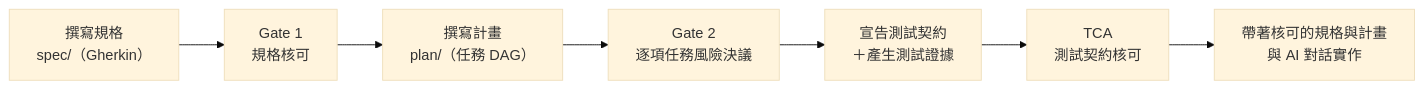
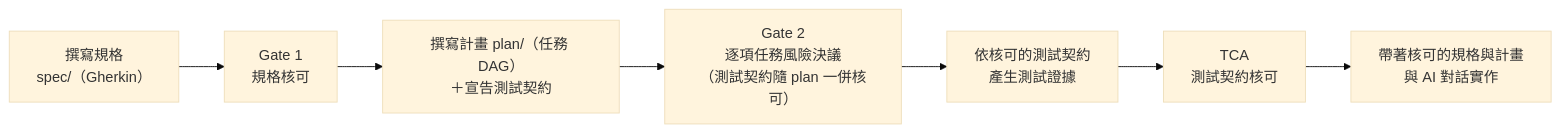
Before and after one commit to slam0504/ai-software-engineering: the first of 3 diagrams in README.md, drawn with Mermaid (base theme). The commit also changed other lines of this file, not shown here.

First line of the commit message:
docs(readme): 修 review 2 P1＋2 P2——流程圖契約階段、Finder workspace 揭露、措辭與章節順序

````diff
--- a/README.md
+++ b/README.md
@@ -59,9 +59,9 @@
 ```mermaid
 flowchart LR
   spec["撰寫規格<br/>spec/（Gherkin）"] --> g1["Gate 1<br/>規格核可"]
-  g1 --> plan["撰寫計畫<br/>plan/（任務 DAG）"]
-  plan --> g2["Gate 2<br/>逐項任務風險決議"]
-  g2 --> tc["宣告測試契約<br/>＋產生測試證據"]
+  g1 --> plan["撰寫計畫 plan/（任務 DAG）<br/>＋宣告測試契約"]
+  plan --> g2["Gate 2<br/>逐項任務風險決議<br/>（測試契約隨 plan 一併核可）"]
+  g2 --> tc["依核可的測試契約<br/>產生測試證據"]
   tc --> tca["TCA<br/>測試契約核可"]
   tca --> impl["帶著核可的規格與計畫<br/>與 AI 對話實作"]
 ```
````
